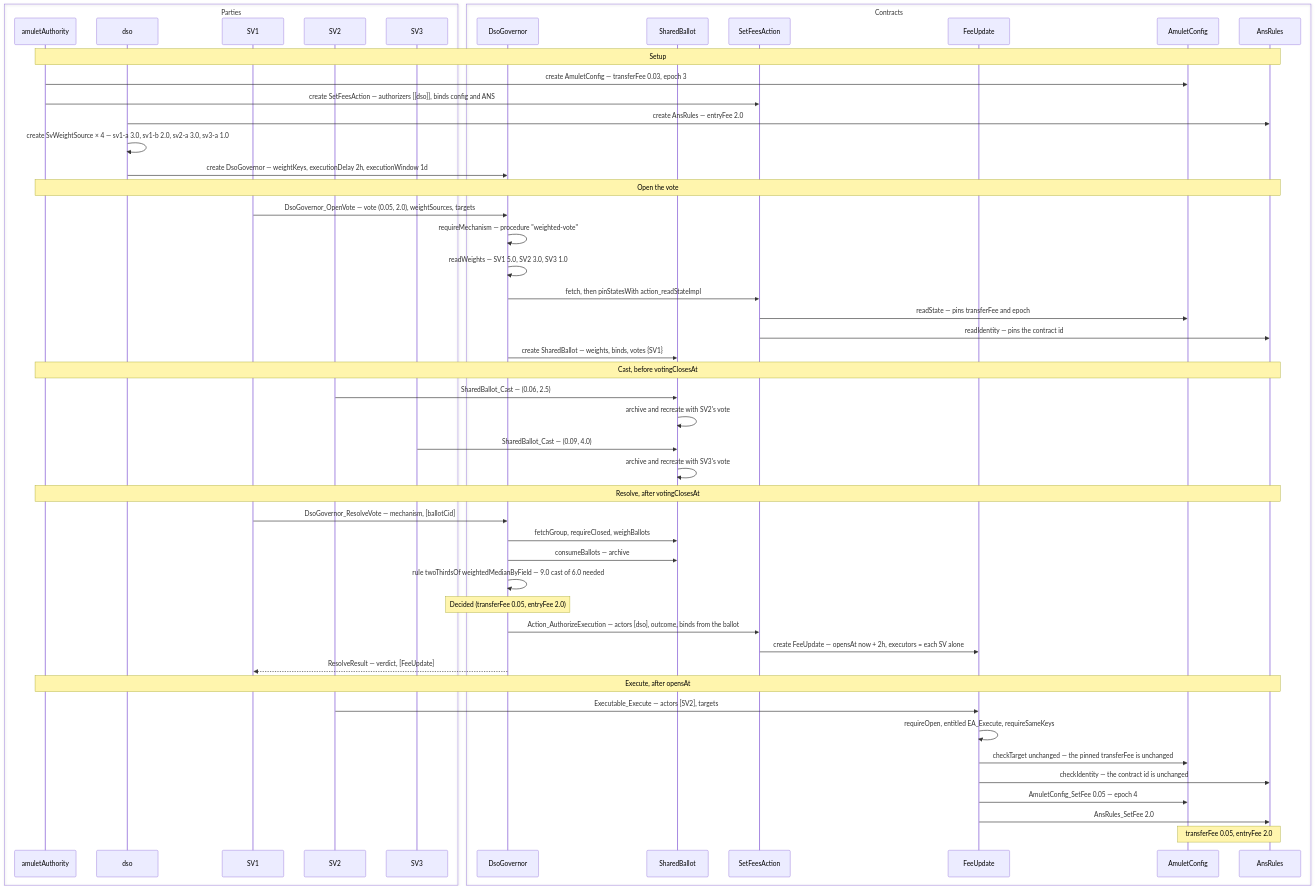
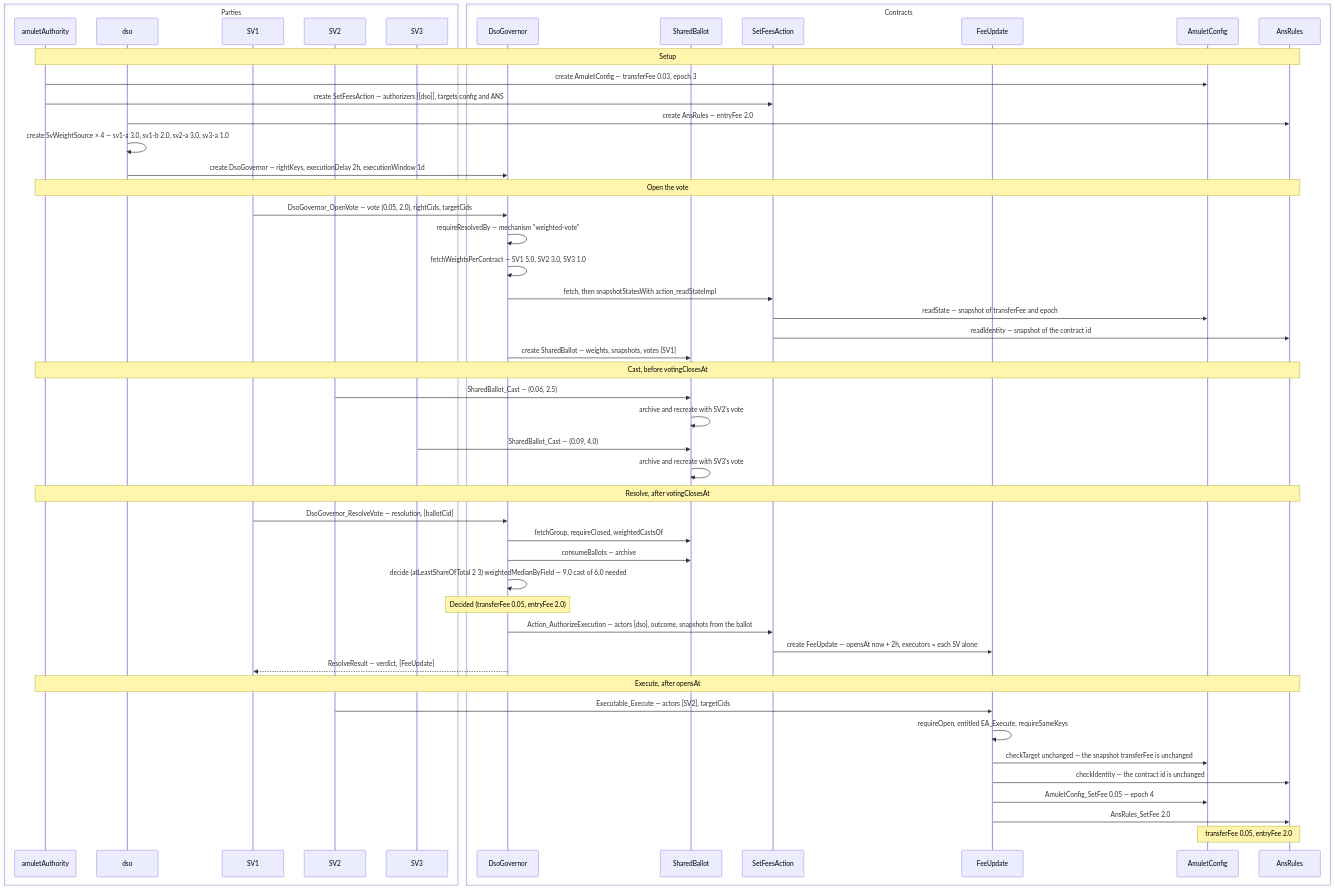
One commit to unlockitio/concordia changed the second of 4 diagrams in examples/governance/DEMOS-happy.md. Above: the diagram before and after it, drawn with Mermaid. The commit also changed other lines of this file and 48 other files, not shown here.

````diff
--- a/examples/governance/DEMOS-happy.md
+++ b/examples/governance/DEMOS-happy.md
@@ -65,59 +65,59 @@
 ```mermaid
 sequenceDiagram
     box Parties
         participant AA as amuletAuthority
         participant DSO as dso
         participant SV1
         participant SV2
         participant SV3
     end
     box Contracts
         participant R as DsoGovernor
         participant B as SharedBallot
         participant ACT as SetFeesAction
         participant X as FeeUpdate
         participant CFG as AmuletConfig
         participant ANS as AnsRules
     end
 
     Note over AA,ANS: Setup
     AA->>CFG: create AmuletConfig — transferFee 0.03, epoch 3
-    AA->>ACT: create SetFeesAction — authorizers [[dso]], binds config and ANS
+    AA->>ACT: create SetFeesAction — authorizers [[dso]], targets config and ANS
     DSO->>ANS: create AnsRules — entryFee 2.0
     DSO->>DSO: create SvWeightSource × 4 — sv1-a 3.0, sv1-b 2.0, sv2-a 3.0, sv3-a 1.0
-    DSO->>R: create DsoGovernor — weightKeys, executionDelay 2h, executionWindow 1d
+    DSO->>R: create DsoGovernor — rightKeys, executionDelay 2h, executionWindow 1d
 
     Note over AA,ANS: Open the vote
-    SV1->>R: DsoGovernor_OpenVote — vote (0.05, 2.0), weightSources, targets
-    R->>R: requireMechanism — procedure "weighted-vote"
-    R->>R: readWeights — SV1 5.0, SV2 3.0, SV3 1.0
-    R->>ACT: fetch, then pinStatesWith action_readStateImpl
-    ACT->>CFG: readState — pins transferFee and epoch
-    ACT->>ANS: readIdentity — pins the contract id
-    R->>B: create SharedBallot — weights, binds, votes {SV1}
+    SV1->>R: DsoGovernor_OpenVote — vote (0.05, 2.0), rightCids, targetCids
+    R->>R: requireResolvedBy — mechanism "weighted-vote"
+    R->>R: fetchWeightsPerContract — SV1 5.0, SV2 3.0, SV3 1.0
+    R->>ACT: fetch, then snapshotStatesWith action_readStateImpl
+    ACT->>CFG: readState — snapshot of transferFee and epoch
+    ACT->>ANS: readIdentity — snapshot of the contract id
+    R->>B: create SharedBallot — weights, snapshots, votes {SV1}
 
     Note over AA,ANS: Cast, before votingClosesAt
     SV2->>B: SharedBallot_Cast — (0.06, 2.5)
     B->>B: archive and recreate with SV2's vote
     SV3->>B: SharedBallot_Cast — (0.09, 4.0)
     B->>B: archive and recreate with SV3's vote
 
     Note over AA,ANS: Resolve, after votingClosesAt
-    SV1->>R: DsoGovernor_ResolveVote — mechanism, [ballotCid]
-    R->>B: fetchGroup, requireClosed, weighBallots
+    SV1->>R: DsoGovernor_ResolveVote — resolution, [ballotCid]
+    R->>B: fetchGroup, requireClosed, weightedCastsOf
     R->>B: consumeBallots — archive
-    R->>R: rule twoThirdsOf weightedMedianByField — 9.0 cast of 6.0 needed
+    R->>R: decide (atLeastShareOfTotal 2 3) weightedMedianByField — 9.0 cast of 6.0 needed
     Note over R: Decided (transferFee 0.05, entryFee 2.0)
-    R->>ACT: Action_AuthorizeExecution — actors [dso], outcome, binds from the ballot
+    R->>ACT: Action_AuthorizeExecution — actors [dso], outcome, snapshots from the ballot
     ACT->>X: create FeeUpdate — opensAt now + 2h, executors = each SV alone
     R-->>SV1: ResolveResult — verdict, [FeeUpdate]
 
     Note over AA,ANS: Execute, after opensAt
-    SV2->>X: Executable_Execute — actors [SV2], targets
+    SV2->>X: Executable_Execute — actors [SV2], targetCids
     X->>X: requireOpen, entitled EA_Execute, requireSameKeys
-    X->>CFG: checkTarget unchanged — the pinned transferFee is unchanged
+    X->>CFG: checkTarget unchanged — the snapshot transferFee is unchanged
     X->>ANS: checkIdentity — the contract id is unchanged
     X->>CFG: AmuletConfig_SetFee 0.05 — epoch 4
     X->>ANS: AnsRules_SetFee 2.0
     Note over CFG,ANS: transferFee 0.05, entryFee 2.0
 ```
````
